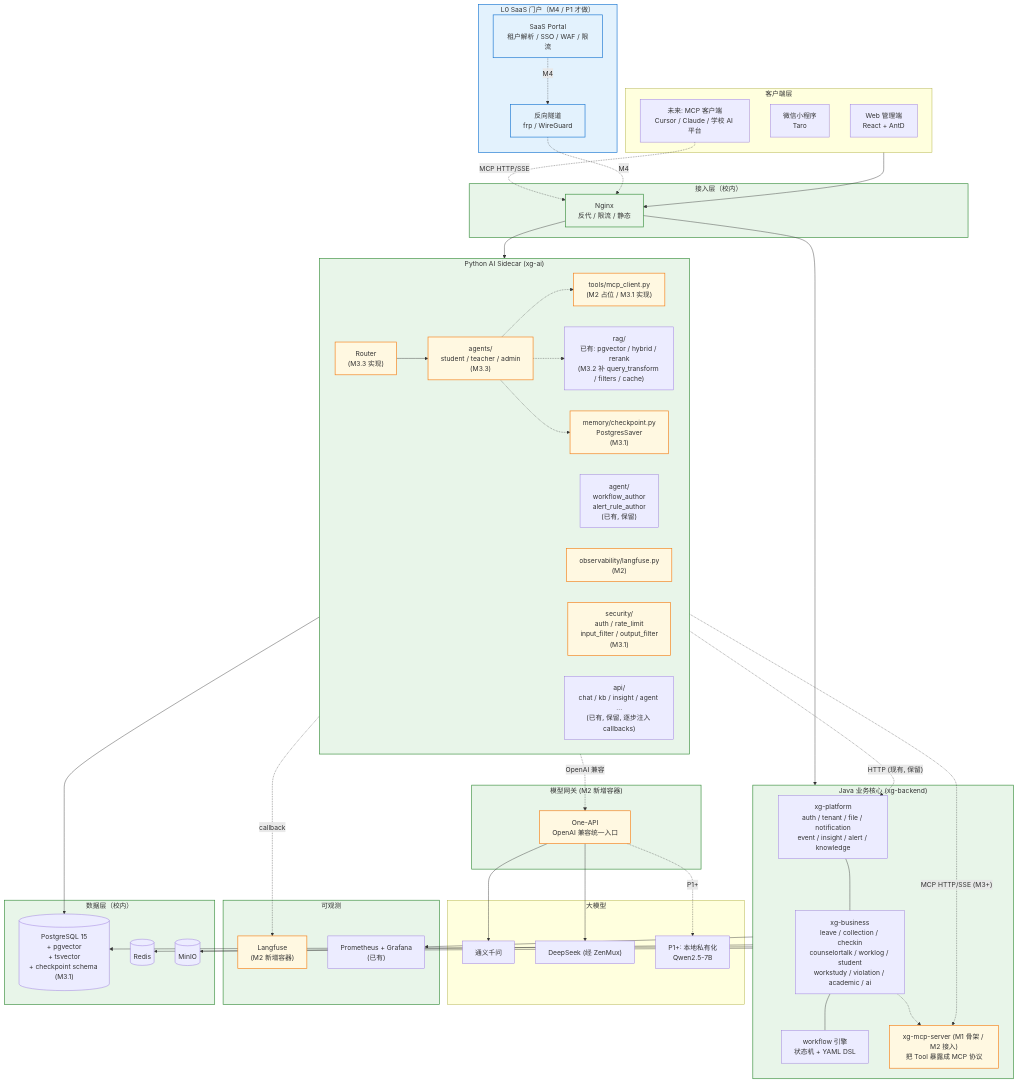
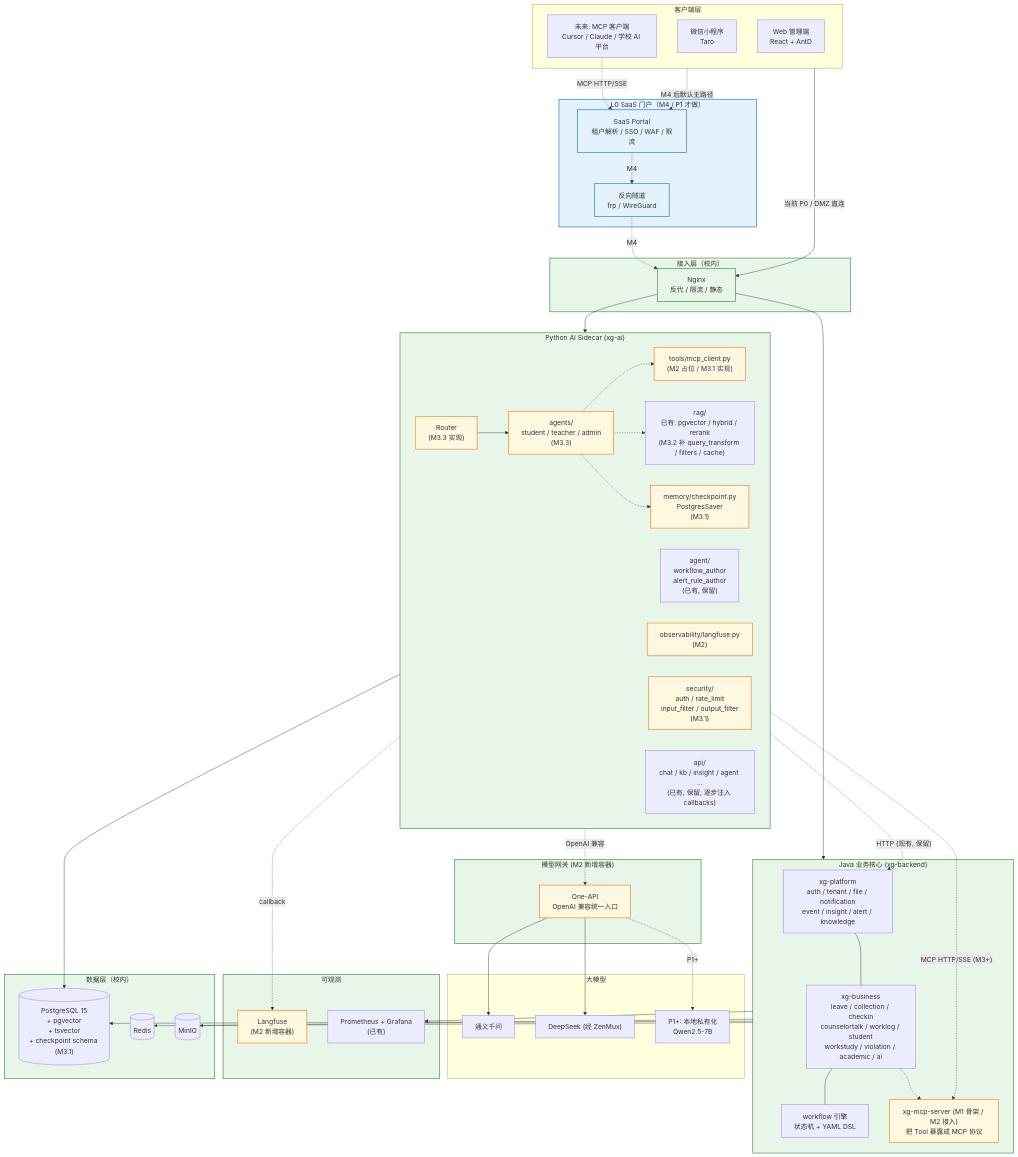
One commit to Swagger-Ranger/xg-prototype changed the diagram in docs/architecture-evolution.md. Above: the diagram before and after it, drawn with Mermaid. The commit also changed other lines of this file, not shown here.

```diff
--- a/docs/architecture-evolution.md
+++ b/docs/architecture-evolution.md
@@ -87,8 +94,11 @@
         minio[("MinIO")]
     end
 
-    clients --> nginx
-    mcpC -.->|"MCP HTTP/SSE"| nginx
+    clients -->|"当前 P0 / DMZ 直连"| nginx
+    clients -.->|"M4 后默认主路径"| portal
+    mcpC -.->|"MCP HTTP/SSE"| portal
+    portal -. M4 .-> tunnel
+    tunnel -. M4 .-> nginx
     nginx --> javaCore
     nginx --> aiSide
     aiSide -.->|"MCP HTTP/SSE (M3+)"| mcp
@@ -104,9 +114,6 @@
     aiSide --> pg
     javaCore --> prom
 
-    portal -. M4 .-> tunnel
-    tunnel -. M4 .-> nginx
-
     class saas,portal,tunnel cloud
     class oneapi,mcp,mcpCli,memory,obs,sec,agents,router,langfuse new
     class gw,javaCore,aiSide,llmGw,obs2,data,nginx school
```
